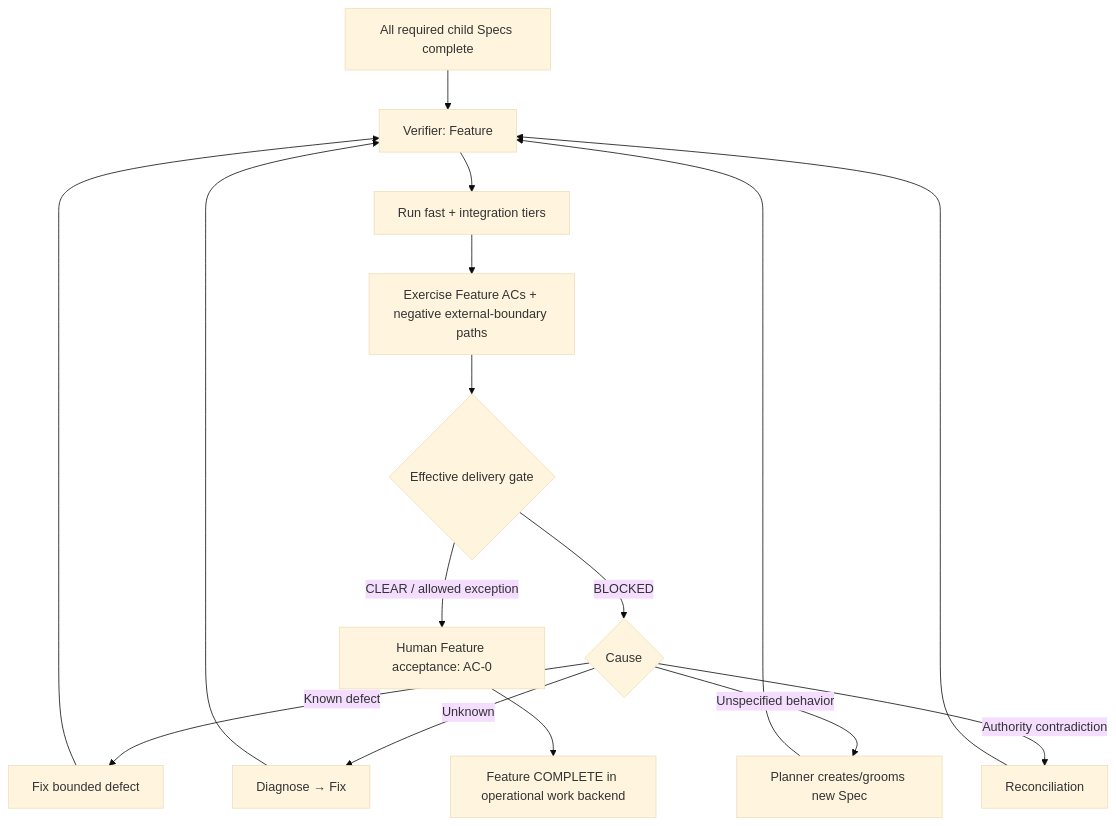
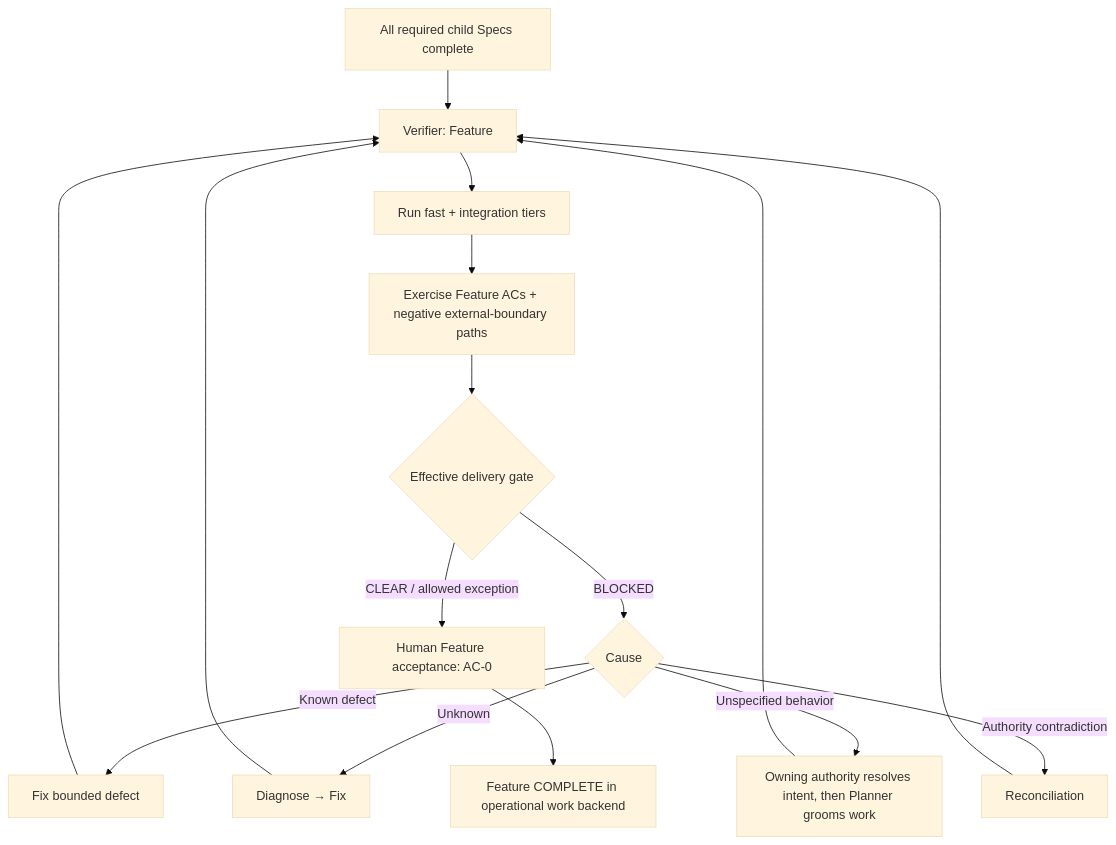
One commit to subhadlearner/SubhForge changed the sixth of 10 diagrams in design/workflow/SUBHFORGE-V0.2-WORKFLOW-CONTRACTS.md. Above: the diagram before and after it, drawn with Mermaid (base theme). The commit also changed other lines of this file and 6 other files, not shown here.

````diff
--- a/design/workflow/SUBHFORGE-V0.2-WORKFLOW-CONTRACTS.md
+++ b/design/workflow/SUBHFORGE-V0.2-WORKFLOW-CONTRACTS.md
@@ -739,18 +751,18 @@
 ```mermaid
 flowchart TD
     A[All required child Specs complete] --> V[Verifier: Feature]
     V --> F[Run fast + integration tiers]
     F --> N[Exercise Feature ACs + negative external-boundary paths]
     N --> G{Effective delivery gate}
     G -- BLOCKED --> D{Cause}
     D -- Known defect --> FX[Fix bounded defect]
     D -- Unknown --> DG[Diagnose → Fix]
-    D -- Unspecified behavior --> NS[Planner creates/grooms new Spec]
+    D -- Unspecified behavior --> NS[Owning authority resolves intent, then Planner grooms work]
     D -- Authority contradiction --> RC[Reconciliation]
     FX --> V
     DG --> V
     NS --> V
     RC --> V
     G -- CLEAR / allowed exception --> H[Human Feature acceptance: AC-0]
     H --> C[Feature COMPLETE in operational work backend]
 ```
````
